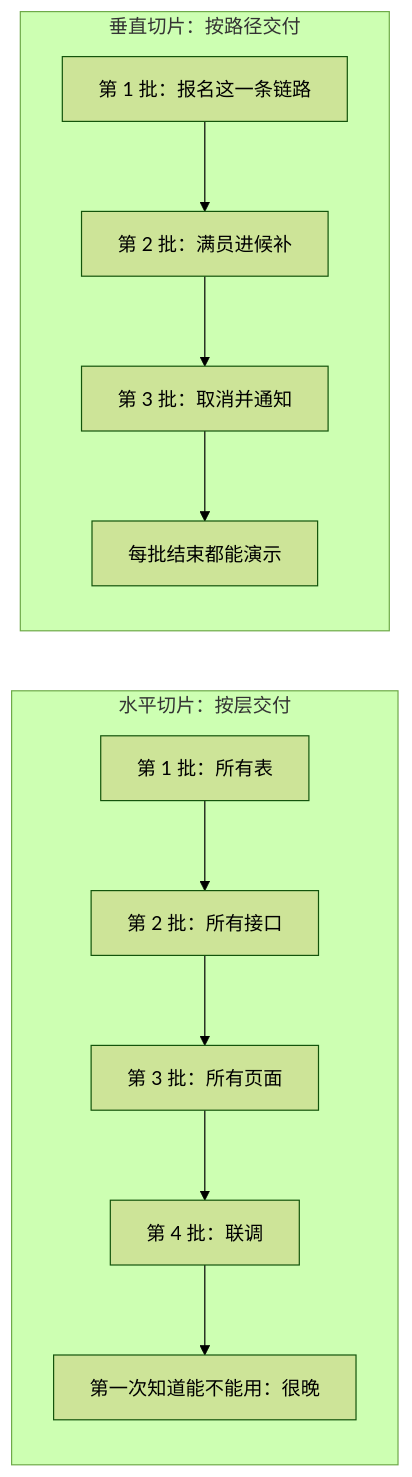
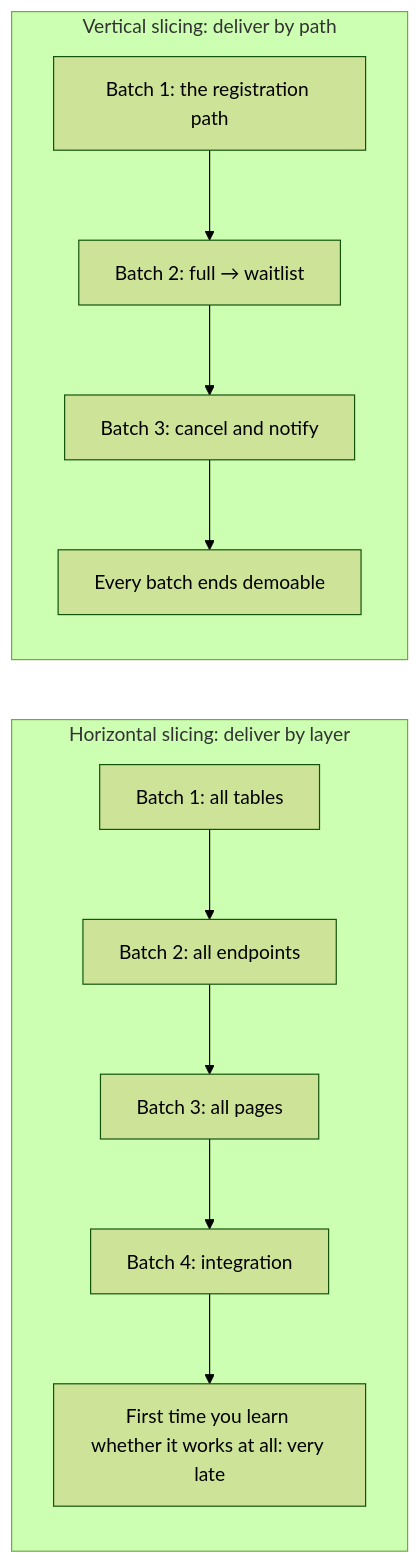
Before and after one commit to xzlxiao/vibe-coding-textbook: the first of 3 diagrams in phase2/chapters/ch07-task-slicing.md, drawn with Mermaid (forest theme). The commit also changed other lines of this file and 15 other files, not shown here.

````diff
--- a/phase2/chapters/ch07-task-slicing.md
+++ b/phase2/chapters/ch07-task-slicing.md
@@ -44,12 +44,12 @@
 ```mermaid
 flowchart LR
-    subgraph H["水平切片：按层交付"]
-        H1["第 1 批：所有表"] --> H2["第 2 批：所有接口"] --> H3["第 3 批：所有页面"] --> H4["第 4 批：联调"]
-        H4 --> H5["第一次知道能不能用：很晚"]
+    subgraph H["Horizontal slicing: deliver by layer"]
+        H1["Batch 1: all tables"] --> H2["Batch 2: all endpoints"] --> H3["Batch 3: all pages"] --> H4["Batch 4: integration"]
+        H4 --> H5["First time you learn whether it works at all: very late"]
     end
-    subgraph V["垂直切片：按路径交付"]
-        V1["第 1 批：报名这一条链路"] --> V2["第 2 批：满员进候补"]
-        V2 --> V3["第 3 批：取消并通知"]
-        V3 --> V4["每批结束都能演示"]
+    subgraph V["Vertical slicing: deliver by path"]
+        V1["Batch 1: the registration path"] --> V2["Batch 2: full → waitlist"]
+        V2 --> V3["Batch 3: cancel and notify"]
+        V3 --> V4["Every batch ends demoable"]
     end
 ```
````
